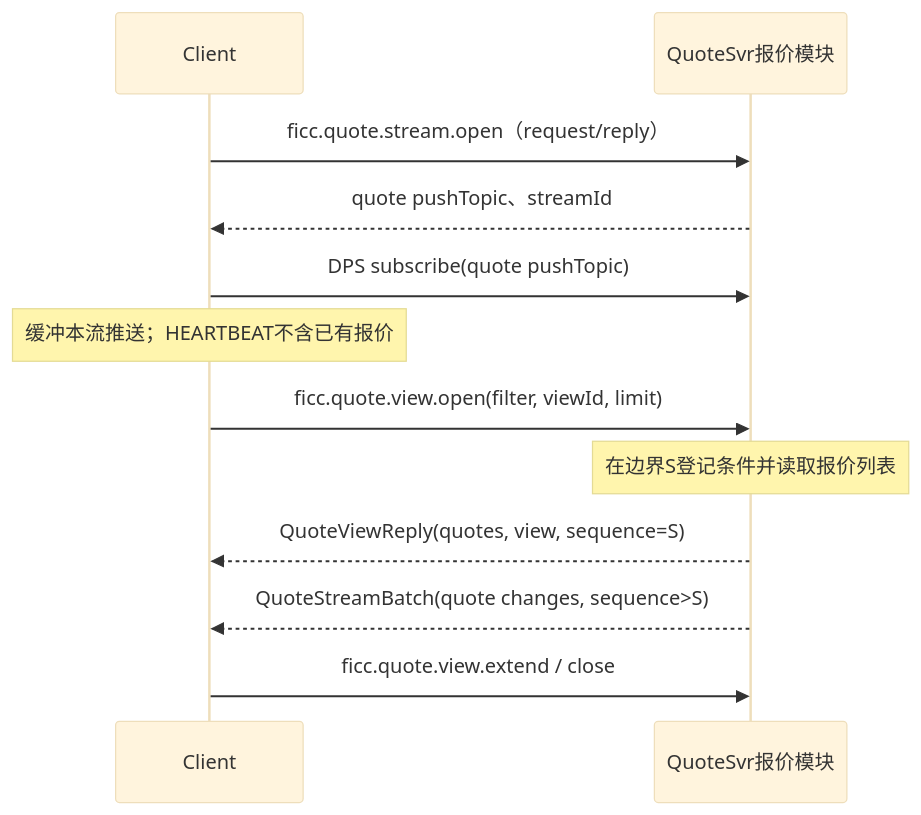
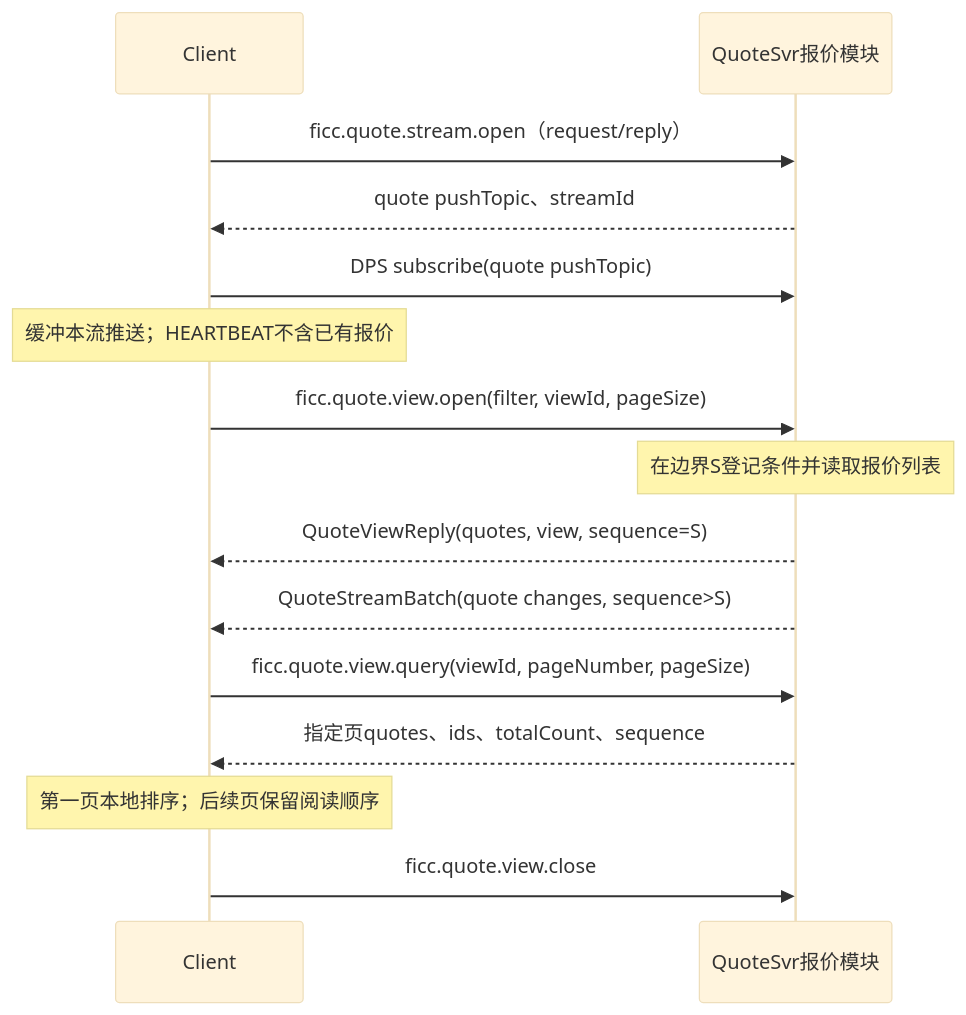
Before and after one commit to stepinto163/cczq-salestrading: the first of 2 diagrams in docs/ficc-api-spec.zh-CN.md, drawn with Mermaid (base theme). The commit also changed other lines of this file and 37 other files, not shown here.

````diff
--- a/docs/ficc-api-spec.zh-CN.md
+++ b/docs/ficc-api-spec.zh-CN.md
@@ -3769,14 +3807,17 @@
 ```mermaid
 sequenceDiagram
     participant C as Client
     participant Q as QuoteSvr报价模块
     C->>Q: ficc.quote.stream.open（request/reply）
     Q-->>C: quote pushTopic、streamId
     C->>Q: DPS subscribe(quote pushTopic)
     Note over C: 缓冲本流推送；HEARTBEAT不含已有报价
-    C->>Q: ficc.quote.view.open(filter, viewId, limit)
+    C->>Q: ficc.quote.view.open(filter, viewId, pageSize)
     Note over Q: 在边界S登记条件并读取报价列表
     Q-->>C: QuoteViewReply(quotes, view, sequence=S)
     Q-->>C: QuoteStreamBatch(quote changes, sequence>S)
-    C->>Q: ficc.quote.view.extend / close
+    C->>Q: ficc.quote.view.query(viewId, pageNumber, pageSize)
+    Q-->>C: 指定页quotes、ids、totalCount、sequence
+    Note over C: 第一页本地排序；后续页保留阅读顺序
+    C->>Q: ficc.quote.view.close
 ```
````
